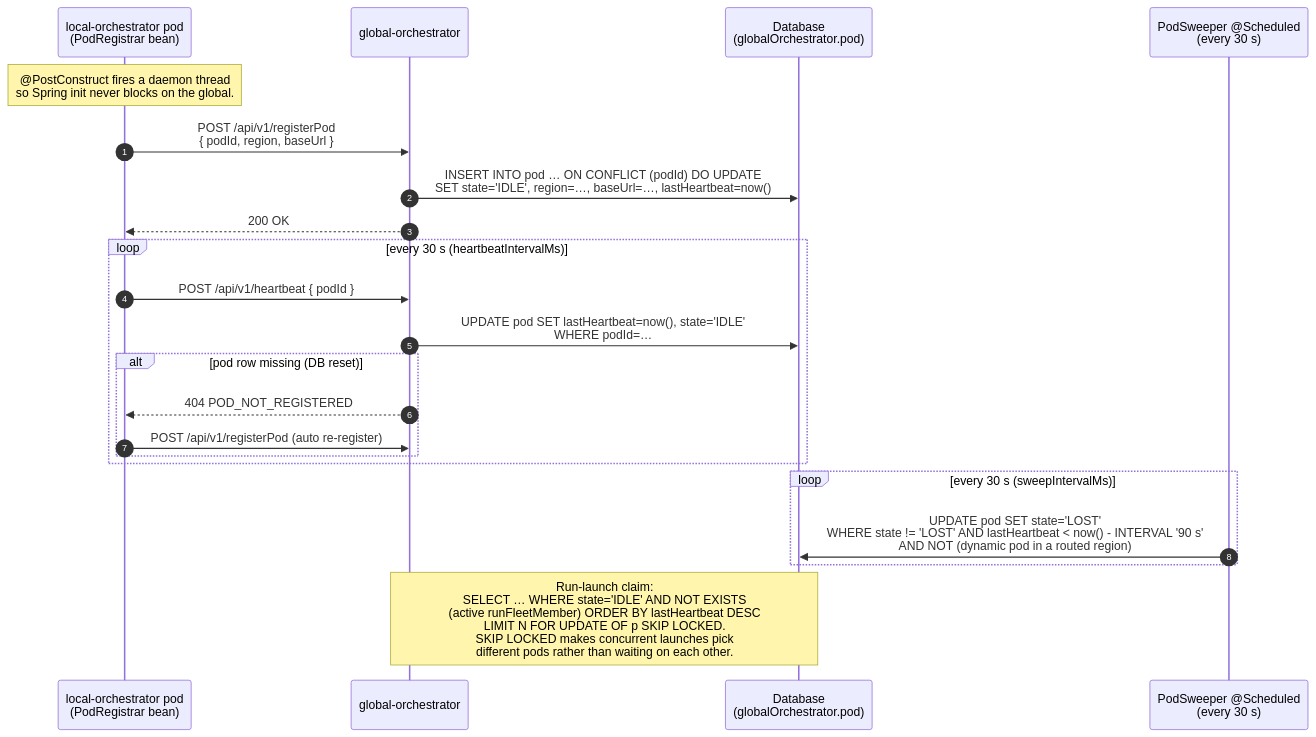
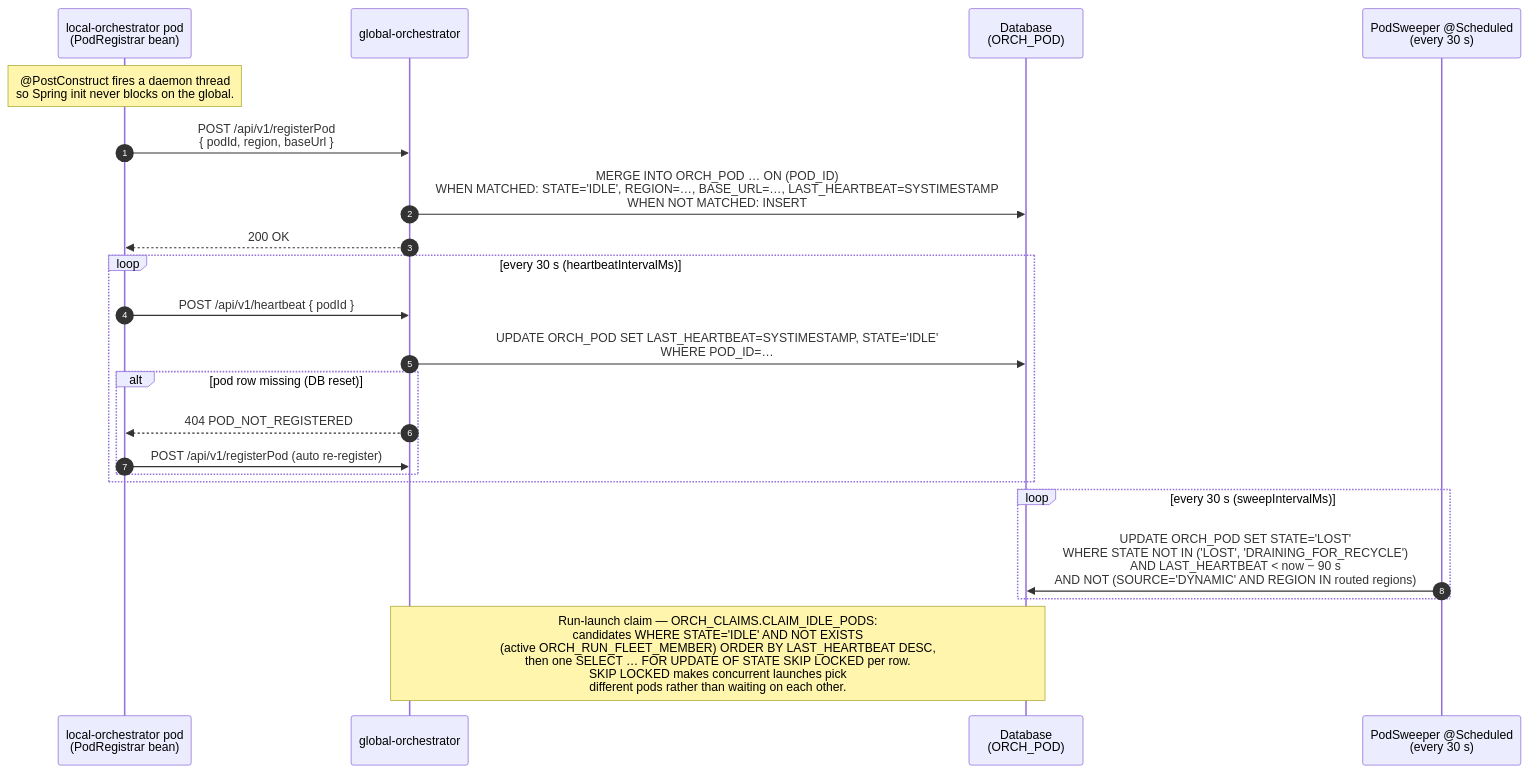
Before and after one commit to sharmakunal23/jmeter-cloud: the third of 6 diagrams in docs/flowDiagrams.md, drawn with Mermaid. The commit also changed other lines of this file and 32 other files, not shown here.

````diff
--- a/docs/flowDiagrams.md
+++ b/docs/flowDiagrams.md
@@ -114,29 +114,29 @@
 ```mermaid
 sequenceDiagram
     autonumber
     participant LO as local-orchestrator pod<br/>(PodRegistrar bean)
     participant GO as global-orchestrator
-    participant PG as Database<br/>(globalOrchestrator.pod)
+    participant DB as Database<br/>(ORCH_POD)
     participant SW as PodSweeper @Scheduled<br/>(every 30 s)
 
     Note over LO: @PostConstruct fires a daemon thread<br/>so Spring init never blocks on the global.
 
     LO->>GO: POST /api/v1/registerPod<br/>{ podId, region, baseUrl }
-    GO->>PG: INSERT INTO pod … ON CONFLICT (podId) DO UPDATE<br/>SET state='IDLE', region=…, baseUrl=…, lastHeartbeat=now()
+    GO->>DB: MERGE INTO ORCH_POD … ON (POD_ID)<br/>WHEN MATCHED: STATE='IDLE', REGION=…, BASE_URL=…, LAST_HEARTBEAT=SYSTIMESTAMP<br/>WHEN NOT MATCHED: INSERT
     GO-->>LO: 200 OK
 
     loop every 30 s (heartbeatIntervalMs)
         LO->>GO: POST /api/v1/heartbeat { podId }
-        GO->>PG: UPDATE pod SET lastHeartbeat=now(), state='IDLE'<br/>WHERE podId=…
+        GO->>DB: UPDATE ORCH_POD SET LAST_HEARTBEAT=SYSTIMESTAMP, STATE='IDLE'<br/>WHERE POD_ID=…
         alt pod row missing (DB reset)
             GO-->>LO: 404 POD_NOT_REGISTERED
             LO->>GO: POST /api/v1/registerPod (auto re-register)
         end
     end
 
     loop every 30 s (sweepIntervalMs)
-        SW->>PG: UPDATE pod SET state='LOST'<br/>WHERE state != 'LOST' AND lastHeartbeat < now() - INTERVAL '90 s'<br/>AND NOT (dynamic pod in a routed region)
+        SW->>DB: UPDATE ORCH_POD SET STATE='LOST'<br/>WHERE STATE NOT IN ('LOST', 'DRAINING_FOR_RECYCLE')<br/>AND LAST_HEARTBEAT < now − 90 s<br/>AND NOT (SOURCE='DYNAMIC' AND REGION IN routed regions)
     end
 
-    Note over GO,PG: Run-launch claim:<br/>SELECT … WHERE state='IDLE' AND NOT EXISTS<br/>(active runFleetMember) ORDER BY lastHeartbeat DESC<br/>LIMIT N FOR UPDATE OF p SKIP LOCKED.<br/>SKIP LOCKED makes concurrent launches pick<br/>different pods rather than waiting on each other.
+    Note over GO,DB: Run-launch claim — ORCH_CLAIMS.CLAIM_IDLE_PODS:<br/>candidates WHERE STATE='IDLE' AND NOT EXISTS<br/>(active ORCH_RUN_FLEET_MEMBER) ORDER BY LAST_HEARTBEAT DESC,<br/>then one SELECT … FOR UPDATE OF STATE SKIP LOCKED per row.<br/>SKIP LOCKED makes concurrent launches pick<br/>different pods rather than waiting on each other.
 ```
````
